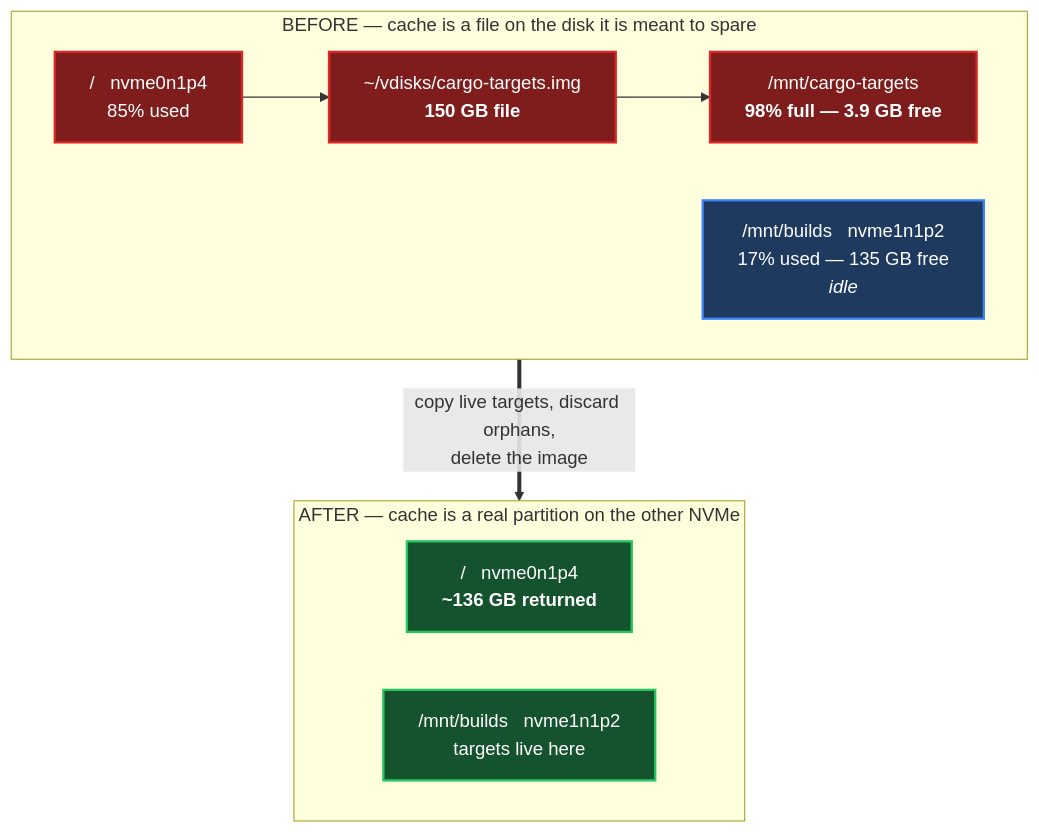
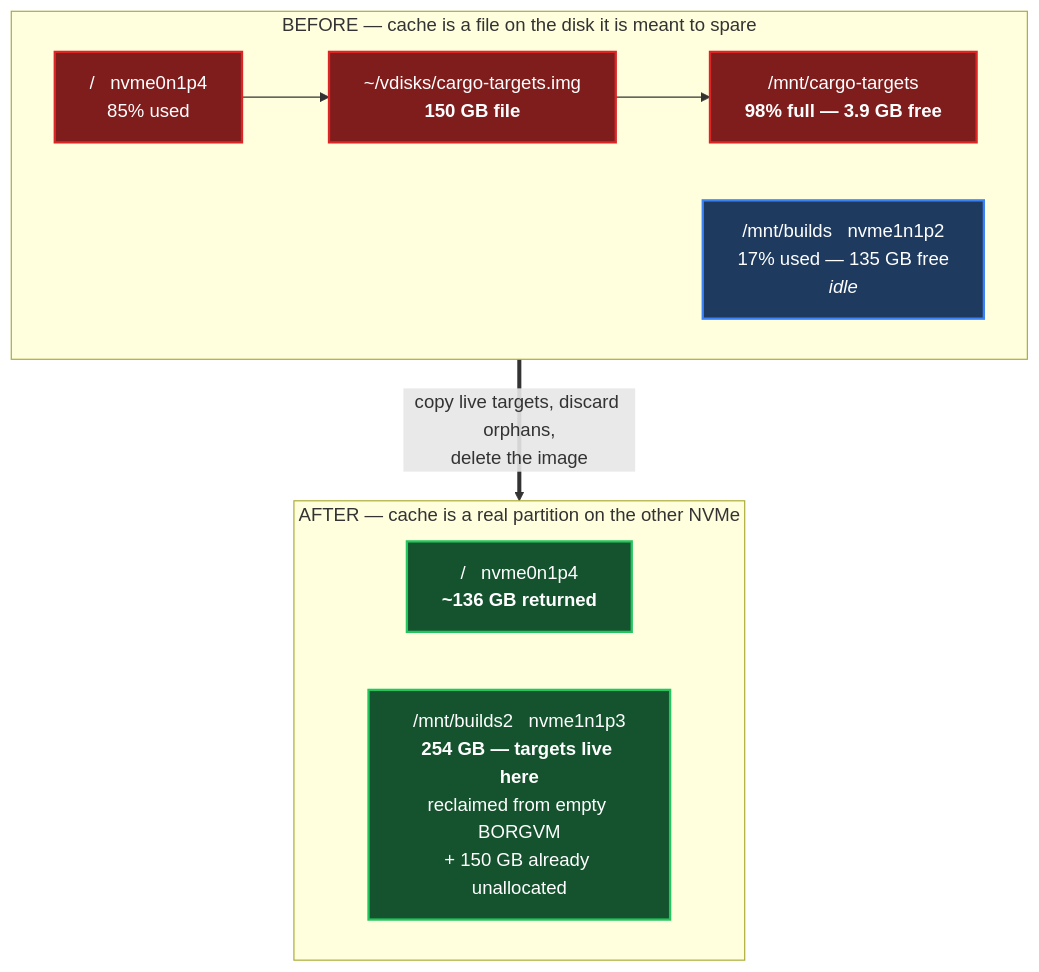
One commit to tom2025b/git-vista changed the diagram in docs/adr/0153-the-build-cache-disk-is-discovered-not-named.md. Above: the diagram before and after it, drawn with Mermaid. The commit also changed other lines of this file and 1 other file, not shown here.

First line of the commit message:
chore(dev): prefer BUILDS2, and record why the cache moved twice

````diff
--- a/docs/adr/0153-the-build-cache-disk-is-discovered-not-named.md
+++ b/docs/adr/0153-the-build-cache-disk-is-discovered-not-named.md
@@ -21,22 +21,22 @@
 ```mermaid
 flowchart TD
     subgraph before["BEFORE — cache is a file on the disk it is meant to spare"]
         R1["/ &nbsp; nvme0n1p4<br/>85% used"]
         IMG["~/vdisks/cargo-targets.img<br/><b>150 GB file</b>"]
         M1["/mnt/cargo-targets<br/><b>98% full — 3.9 GB free</b>"]
         B1["/mnt/builds &nbsp; nvme1n1p2<br/>17% used — 135 GB free<br/><i>idle</i>"]
         R1 --> IMG --> M1
     end
     subgraph after["AFTER — cache is a real partition on the other NVMe"]
         R2["/ &nbsp; nvme0n1p4<br/><b>~136 GB returned</b>"]
-        B2["/mnt/builds &nbsp; nvme1n1p2<br/>targets live here"]
+        B2["/mnt/builds2 &nbsp; nvme1n1p3<br/><b>254 GB — targets live here</b><br/>reclaimed from empty BORGVM<br/>+ 150 GB already unallocated"]
     end
     before ==>|"copy live targets, discard orphans,<br/>delete the image"| after
 
     classDef bad fill:#7f1d1d,stroke:#dc2626,stroke-width:2px,color:#ffffff
     classDef idle fill:#1e3a5f,stroke:#3b82f6,stroke-width:2px,color:#ffffff
     classDef good fill:#14532d,stroke:#22c55e,stroke-width:2px,color:#ffffff
     class R1,IMG,M1 bad
     class B1 idle
     class R2,B2 good
 ```
````
